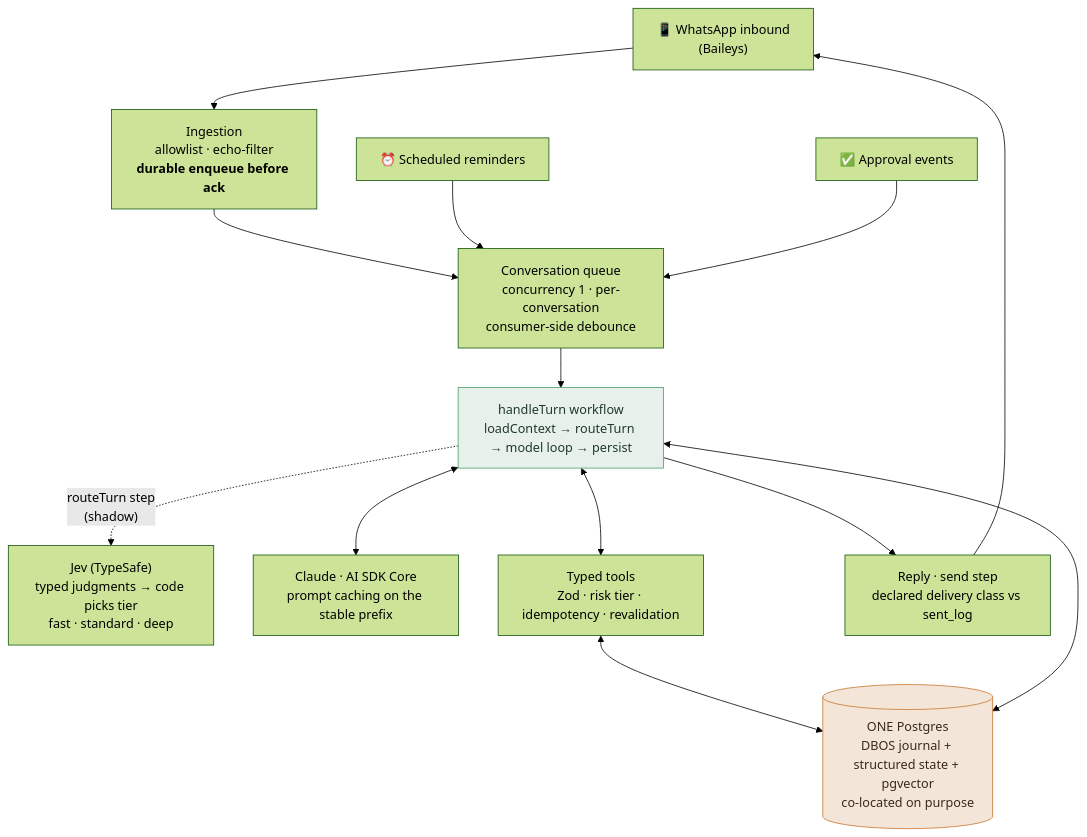
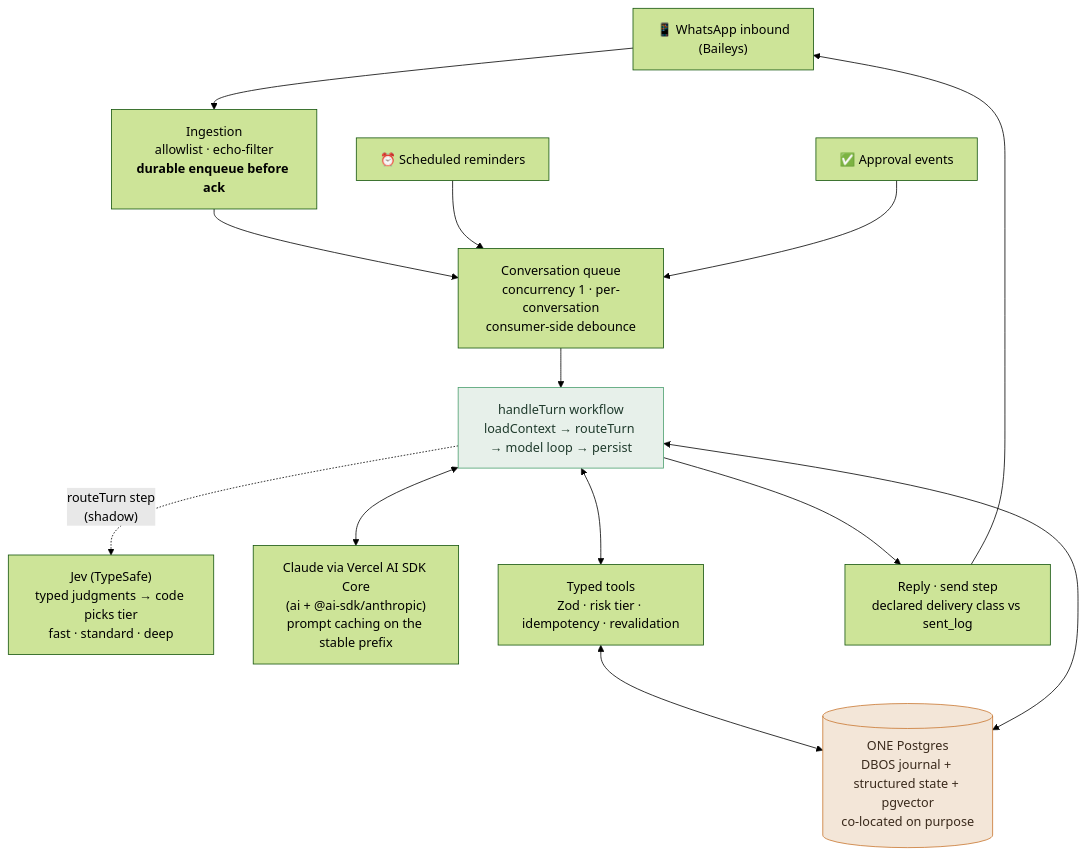
Before and after one commit to shem86/ezra: the first of 2 diagrams in README.md, drawn with Mermaid (forest theme). The commit also changed other lines of this file, not shown here.

First line of the commit message:
docs(readme): name the Vercel AI SDK explicitly, not just "AI SDK"

````diff
--- a/README.md
+++ b/README.md
@@ -210,31 +210,31 @@
 ```mermaid
 flowchart TB
   WA["📱 WhatsApp inbound<br/>(Baileys)"]
   SCHED["⏰ Scheduled reminders"]
   APPR["✅ Approval events"]
 
   ING["Ingestion<br/>allowlist · echo-filter<br/><b>durable enqueue before ack</b>"]
   Q["Conversation queue<br/>concurrency 1 · per-conversation<br/>consumer-side debounce"]
   TURN["handleTurn workflow<br/>loadContext → routeTurn → model loop → persist"]
   JEV["Jev (TypeSafe)<br/>typed judgments → code picks tier<br/>fast · standard · deep"]
-  MODEL["Claude · AI SDK Core<br/>prompt caching on the stable prefix"]
+  MODEL["Claude via Vercel AI SDK Core<br/>(ai + @ai-sdk/anthropic)<br/>prompt caching on the stable prefix"]
   TOOLS["Typed tools<br/>Zod · risk tier · idempotency · revalidation"]
   REPLY["Reply · send step<br/>declared delivery class vs sent_log"]
   DB[("ONE Postgres<br/>DBOS journal + structured state + pgvector<br/>co-located on purpose")]
 
   WA --> ING --> Q
   SCHED --> Q
   APPR --> Q
   Q --> TURN
   TURN <--> MODEL
   TURN -. "routeTurn step<br/>(shadow)" .-> JEV
   TURN <--> TOOLS
   TURN --> REPLY --> WA
   TOOLS <--> DB
   TURN <--> DB
 
   classDef store fill:#f3e6d8,stroke:#c9772f,color:#3a2a1c;
   classDef turn fill:#e7f0ea,stroke:#4a9e6d,color:#1f3a2c;
   class DB store;
   class TURN turn;
 ```
````
